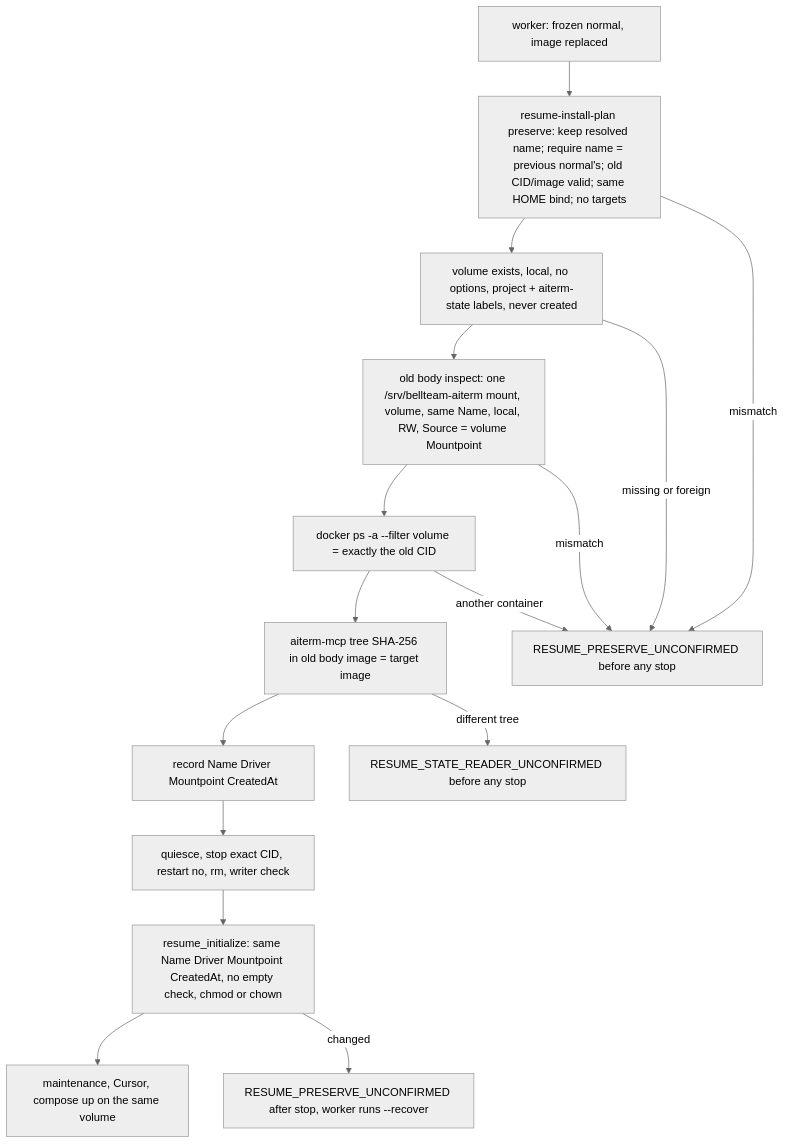
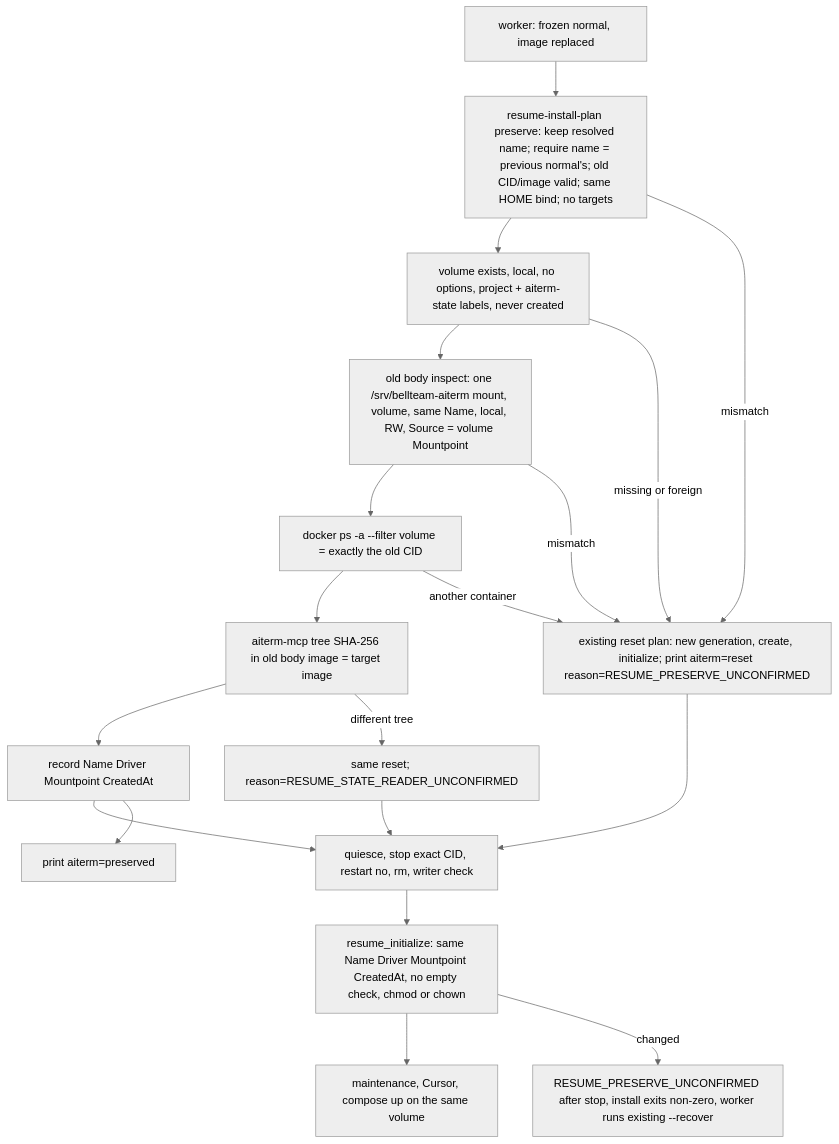
Before and after one commit to kitepon/BellTeam: the sixth of 7 diagrams in docs/architecture/modules/runtime/container-update-bundled.md, drawn with Mermaid (neutral theme). The commit also changed other lines of this file and 4 other files, not shown here.

First line of the commit message:
Fall back to the existing reset when preserve checks fail before the stop

````diff
--- a/docs/architecture/modules/runtime/container-update-bundled.md
+++ b/docs/architecture/modules/runtime/container-update-bundled.md
@@ -159,18 +159,21 @@
 ```mermaid
 flowchart TD
   Frozen["worker: frozen normal, image replaced"] --> Plan["resume-install-plan preserve: keep resolved name; require name = previous normal's; old CID/image valid; same HOME bind; no targets"]
   Plan --> Exists["volume exists, local, no options, project + aiterm-state labels, never created"]
   Exists --> Bind["old body inspect: one /srv/bellteam-aiterm mount, volume, same Name, local, RW, Source = volume Mountpoint"]
   Bind --> Only["docker ps -a --filter volume = exactly the old CID"]
   Only --> Reader[aiterm-mcp tree SHA-256 in old body image = target image]
   Reader --> Record[record Name Driver Mountpoint CreatedAt]
   Record --> Stop[quiesce, stop exact CID, restart no, rm, writer check]
   Stop --> Recheck["resume_initialize: same Name Driver Mountpoint CreatedAt, no empty check, chmod or chown"]
   Recheck --> Up[maintenance, Cursor, compose up on the same volume]
-  Plan -->|mismatch| Refuse[RESUME_PRESERVE_UNCONFIRMED before any stop]
-  Exists -->|missing or foreign| Refuse
-  Bind -->|mismatch| Refuse
-  Only -->|another container| Refuse
-  Reader -->|different tree| RefuseReader[RESUME_STATE_READER_UNCONFIRMED before any stop]
-  Recheck -->|changed| Halted["RESUME_PRESERVE_UNCONFIRMED after stop, worker runs --recover"]
+  Plan -->|mismatch| Reset["existing reset plan: new generation, create, initialize; print aiterm=reset reason=RESUME_PRESERVE_UNCONFIRMED"]
+  Exists -->|missing or foreign| Reset
+  Bind -->|mismatch| Reset
+  Only -->|another container| Reset
+  Reader -->|different tree| ResetReader["same reset; reason=RESUME_STATE_READER_UNCONFIRMED"]
+  Record --> Preserved["print aiterm=preserved"]
+  Reset --> Stop
+  ResetReader --> Stop
+  Recheck -->|changed| Halted["RESUME_PRESERVE_UNCONFIRMED after stop, install exits non-zero, worker runs existing --recover"]
 ```
````
